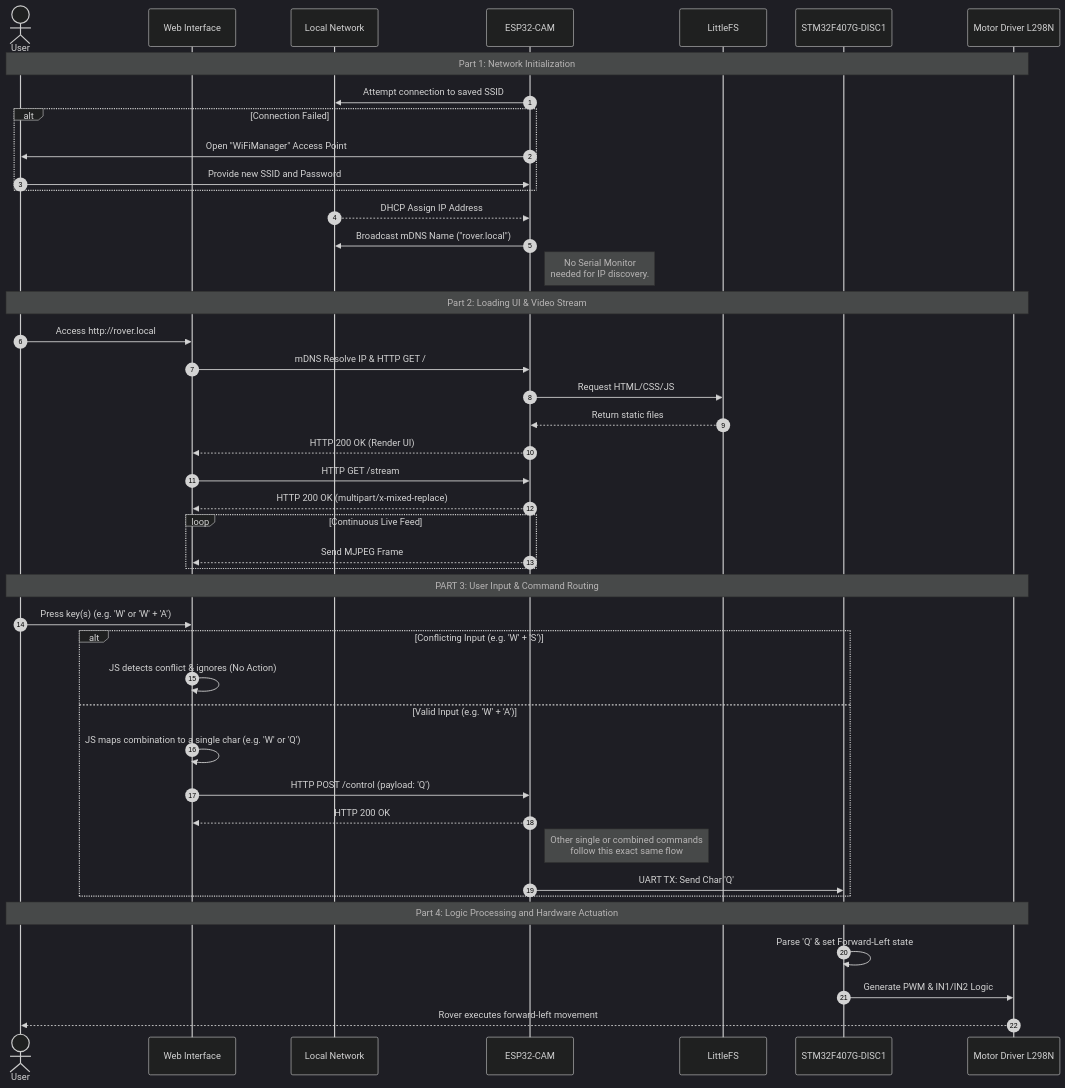
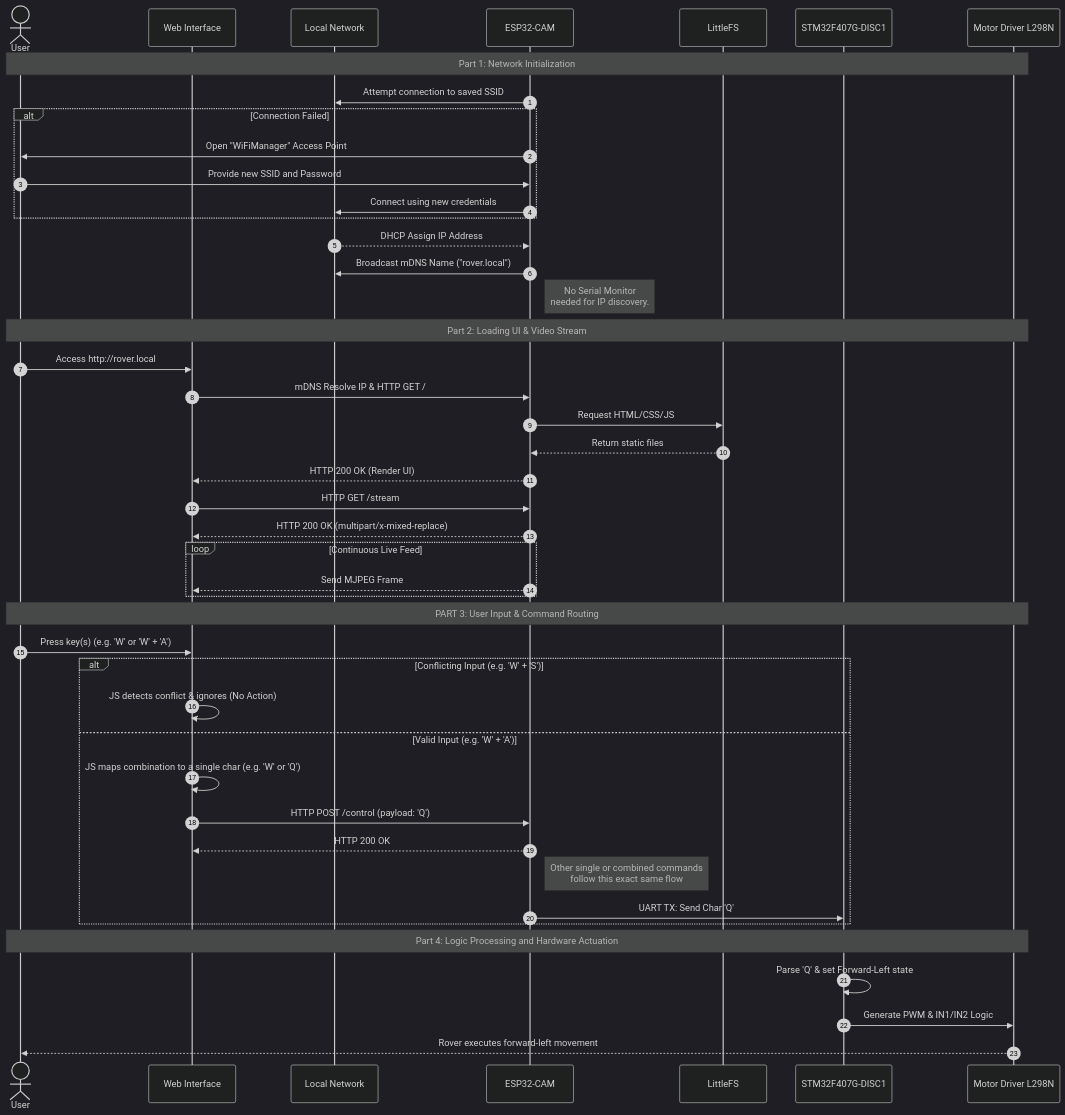
The second of 3 diagrams in README.md (paulantofe/D.A.R.T.), drawn with Mermaid (dark theme) before and after one commit.

Commit message:
docs: fix missing connection attempt in sequence diagram

````diff
--- a/README.md
+++ b/README.md
@@ -46,50 +46,51 @@
 ```mermaid
 sequenceDiagram
     autonumber
     actor User
     participant Browser as Web Interface
     participant Router as Local Network
     participant ESP as ESP32-CAM
     participant FS as LittleFS
     participant STM as STM32F407G-DISC1
     participant DRV as Motor Driver L298N
 
     Note over User, DRV: Part 1: Network Initialization
     ESP->>Router: Attempt connection to saved SSID
     alt Connection Failed
         ESP->>User: Open "WiFiManager" Access Point
         User->>ESP: Provide new SSID and Password
+        ESP->>Router: Connect using new credentials
     end
     Router-->>ESP: DHCP Assign IP Address
     ESP->>Router: Broadcast mDNS Name ("rover.local")
     Note right of ESP: No Serial Monitor <br> needed for IP discovery.
 
     Note over User, DRV: Part 2: Loading UI & Video Stream
     User->>Browser: Access http://rover.local
     Browser->>ESP: mDNS Resolve IP & HTTP GET /
     ESP->>FS: Request HTML/CSS/JS
     FS-->>ESP: Return static files
     ESP-->>Browser: HTTP 200 OK (Render UI)
     Browser->>ESP: HTTP GET /stream 
     ESP-->>Browser: HTTP 200 OK (multipart/x-mixed-replace)
     loop Continuous Live Feed
         ESP-->>Browser: Send MJPEG Frame
     end
 
     Note over User, DRV: PART 3: User Input & Command Routing
     User->>Browser: Press key(s) (e.g. 'W' or 'W' + 'A')
     alt Conflicting Input (e.g. 'W' + 'S')
         Browser->>Browser: JS detects conflict & ignores (No Action)
     else Valid Input (e.g. 'W' + 'A')
         Browser->>Browser: JS maps combination to a single char (e.g. 'W' or 'Q')
         Browser->>ESP: HTTP POST /control (payload: 'Q')
         ESP-->>Browser: HTTP 200 OK
         Note right of ESP: Other single or combined commands <br> follow this exact same flow
         ESP->>STM: UART TX: Send Char 'Q' 
     end
 
     Note over User, DRV: Part 4: Logic Processing and Hardware Actuation
     STM->>STM: Parse 'Q' & set Forward-Left state
     STM->>DRV: Generate PWM & IN1/IN2 Logic
     DRV-->>User: Rover executes forward-left movement
 ```
````
